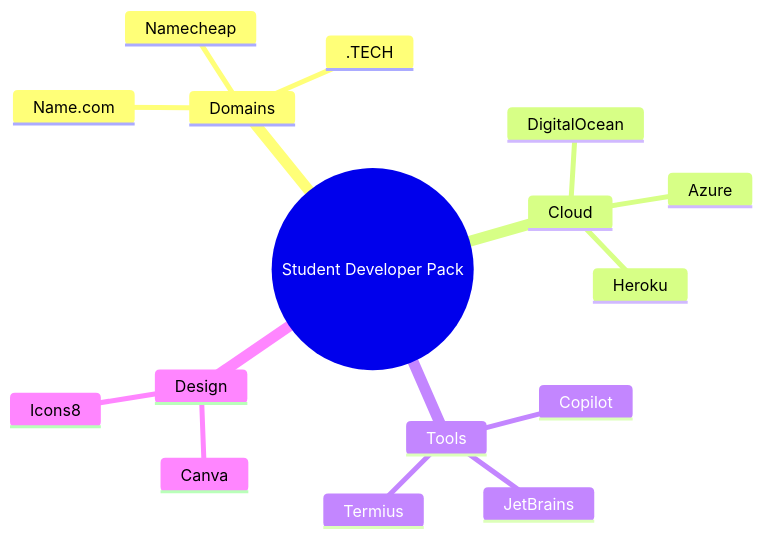
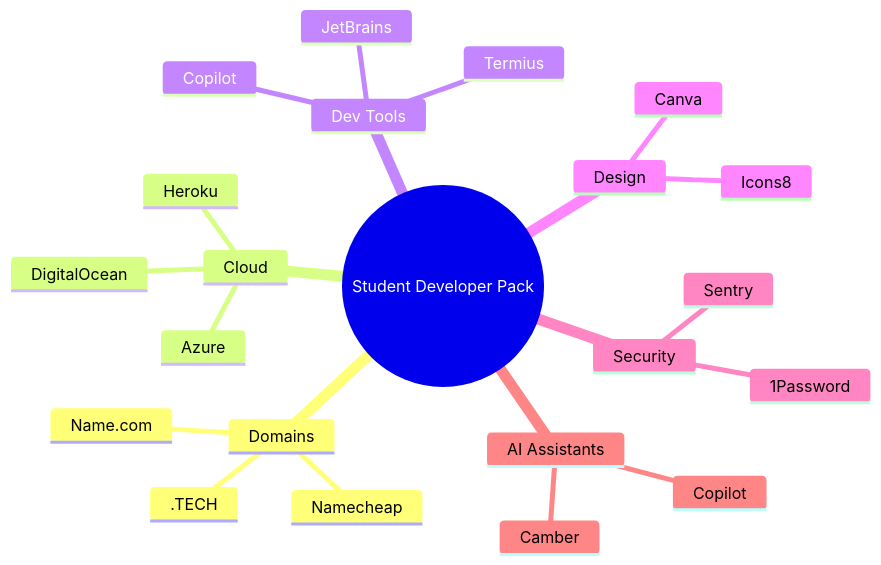
The first of 4 diagrams in README.md (Genovese-Felipe/student-pack), drawn with Mermaid before and after one commit. The commit also changed other lines of this file and 6 other files, not shown here.

````diff
--- a/README.md
+++ b/README.md
@@ -18,19 +27,25 @@
 ```mermaid
 mindmap
   root((Student Developer Pack))
     Domains
       Name.com
       Namecheap
       .TECH
     Cloud
       DigitalOcean
       Azure
       Heroku
-    Tools
+    Dev Tools
       Copilot
       JetBrains
       Termius
     Design
       Canva
       Icons8
+    Security
+      1Password
+      Sentry
+    AI Assistants
+      Copilot
+      Camber
 ```
````
